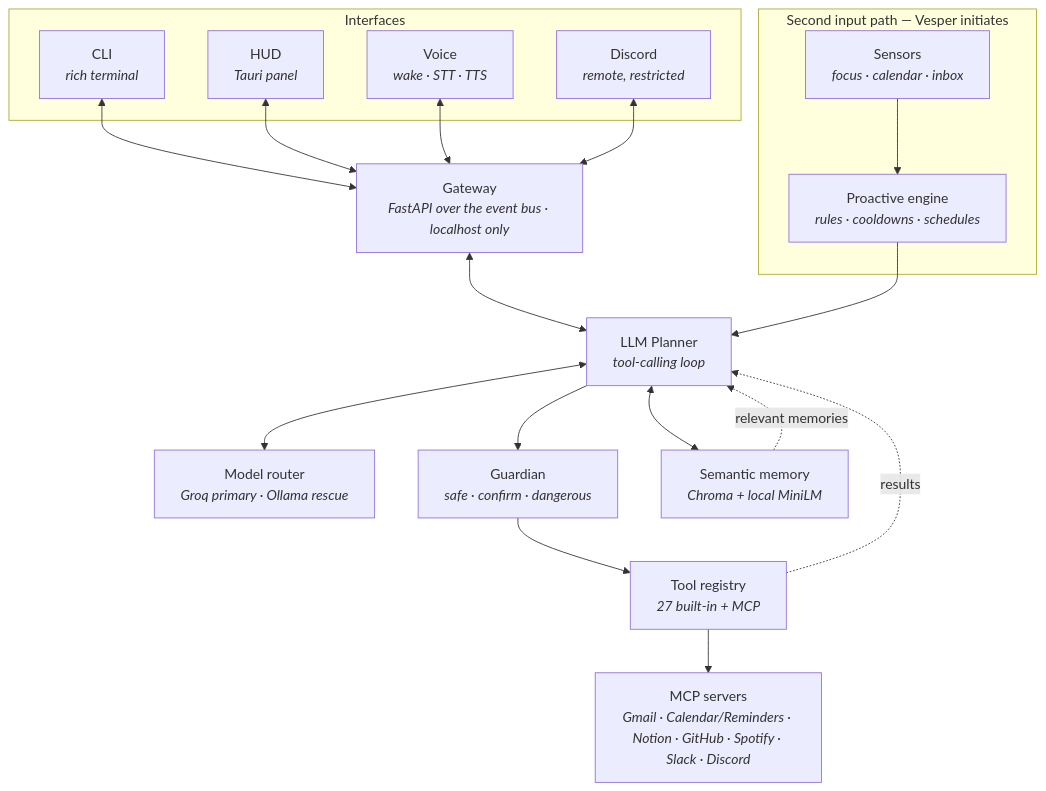
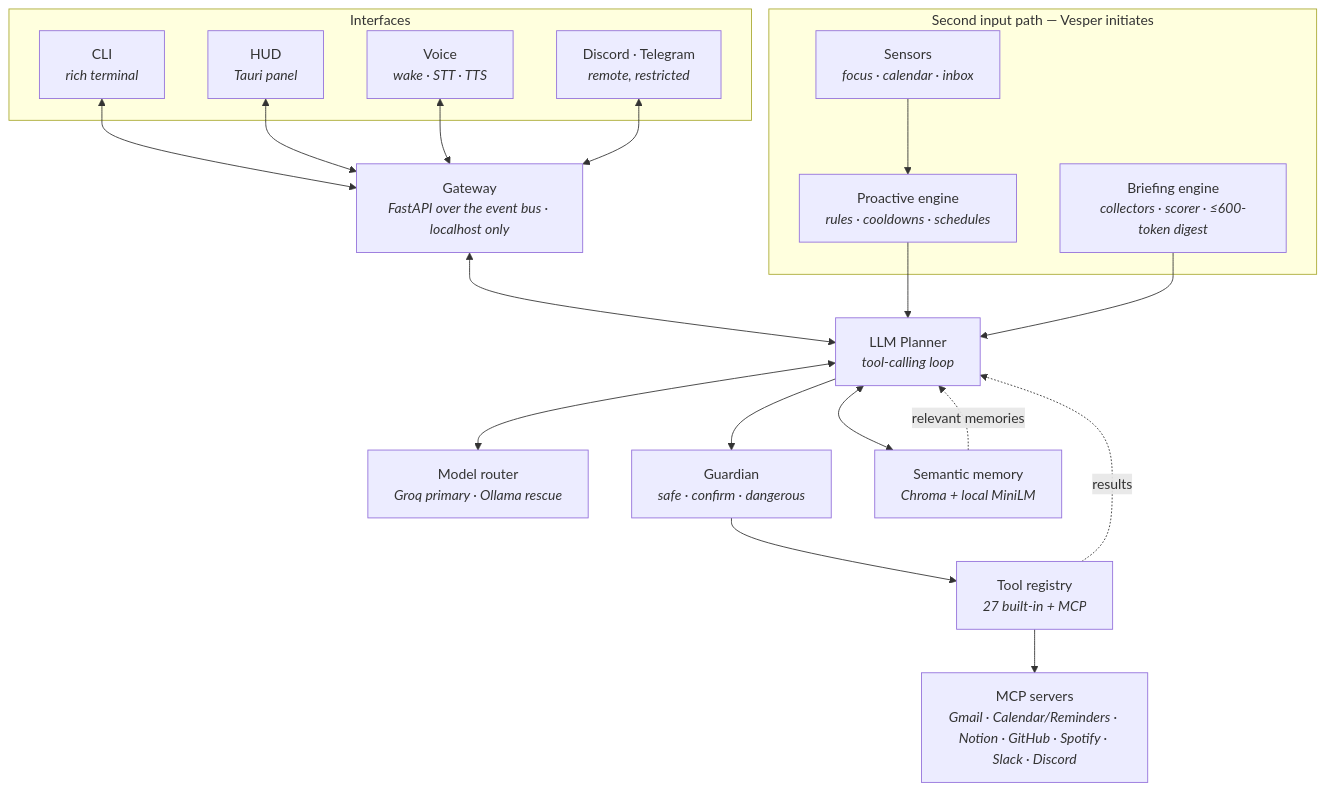
One commit to ParrvLuthra22/vesper changed the diagram in README.md. Above: the diagram before and after it, drawn with Mermaid. The commit also changed other lines of this file, not shown here.

Commit message:
Docs: README — briefing engine, Telegram channel, launcher/doctor, live verification, current test count

````diff
--- a/README.md
+++ b/README.md
@@ -40,35 +40,37 @@
 ```mermaid
 flowchart TB
     subgraph Interfaces
         CLI["CLI<br/><i>rich terminal</i>"]
         HUD["HUD<br/><i>Tauri panel</i>"]
         VOICE["Voice<br/><i>wake · STT · TTS</i>"]
-        REMOTE["Discord<br/><i>remote, restricted</i>"]
+        REMOTE["Discord · Telegram<br/><i>remote, restricted</i>"]
     end
 
     GW["Gateway<br/><i>FastAPI over the event bus · localhost only</i>"]
 
     subgraph Proactive["Second input path — Vesper initiates"]
         SENSORS["Sensors<br/><i>focus · calendar · inbox</i>"]
         ENGINE["Proactive engine<br/><i>rules · cooldowns · schedules</i>"]
+        BRIEF["Briefing engine<br/><i>collectors · scorer · ≤600-token digest</i>"]
     end
 
     PLANNER["LLM Planner<br/><i>tool-calling loop</i>"]
     ROUTER["Model router<br/><i>Groq primary · Ollama rescue</i>"]
     GUARD["Guardian<br/><i>safe · confirm · dangerous</i>"]
     TOOLS["Tool registry<br/><i>27 built-in + MCP</i>"]
     MCP["MCP servers<br/><i>Gmail · Calendar/Reminders · Notion · GitHub · Spotify · Slack · Discord</i>"]
     MEM["Semantic memory<br/><i>Chroma + local MiniLM</i>"]
 
     CLI <--> GW
     HUD <--> GW
     VOICE <--> GW
     REMOTE <--> GW
     GW <--> PLANNER
     SENSORS --> ENGINE --> PLANNER
+    BRIEF --> PLANNER
     PLANNER <--> ROUTER
     PLANNER --> GUARD --> TOOLS --> MCP
     PLANNER <--> MEM
     MEM -. "relevant memories" .-> PLANNER
     TOOLS -. "results" .-> PLANNER
 ```
````
